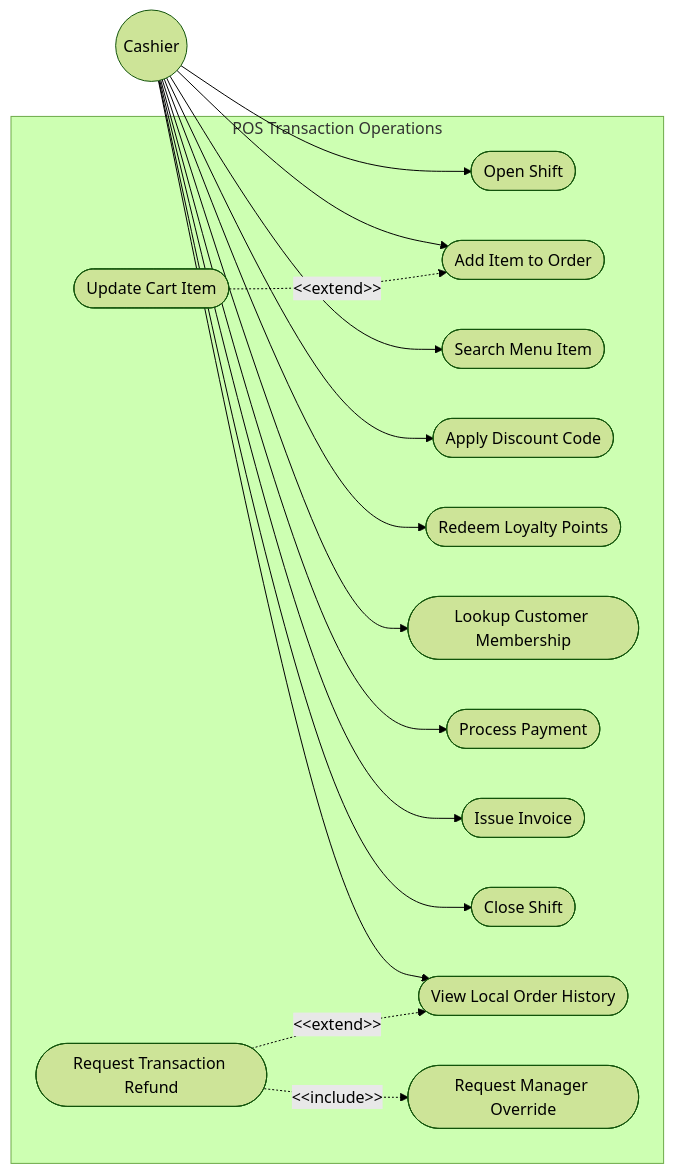
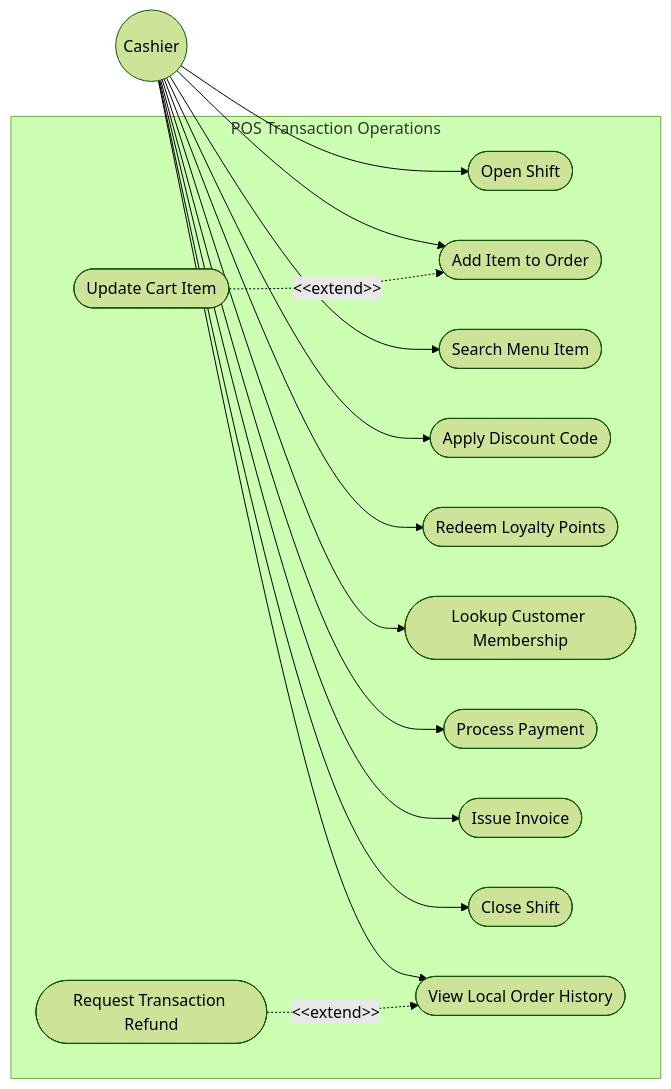
Before and after one commit to Shaichi/Khoga_coffe_shop: the fifth of 6 diagrams in sections/02_user_requirements.md, drawn with Mermaid (forest theme). The commit also changed other lines of this file and 6 other files, not shown here.

````diff
--- a/sections/02_user_requirements.md
+++ b/sections/02_user_requirements.md
@@ -223,40 +223,38 @@
 ```mermaid
 graph LR
     %% Actors
     Actor_Cashier((Cashier))
 
     %% Use Cases
     subgraph POS Transaction Operations
         UC_OpenShift([Open Shift])
         UC_AddCart([Add Item to Order])
         UC_UpdateCart([Update Cart Item])
         UC_SearchMenu([Search Menu Item])
         UC_ApplyDiscount([Apply Discount Code])
         UC_RedeemPoints([Redeem Loyalty Points])
         UC_LookupMember([Lookup Customer Membership])
         UC_ProcessPay([Process Payment])
         UC_IssueInvoice([Issue Invoice])
         UC_CloseShift([Close Shift])
         
         UC_ViewLocalHistory([View Local Order History])
         UC_RequestRefund([Request Transaction Refund])
-        UC_RequestOverride([Request Manager Override])
     end
 
     %% Connections
     Actor_Cashier --> UC_OpenShift
     Actor_Cashier --> UC_AddCart
     Actor_Cashier --> UC_SearchMenu
     Actor_Cashier --> UC_ApplyDiscount
     Actor_Cashier --> UC_RedeemPoints
     Actor_Cashier --> UC_LookupMember
     Actor_Cashier --> UC_ProcessPay
     Actor_Cashier --> UC_IssueInvoice
     Actor_Cashier --> UC_CloseShift
     Actor_Cashier --> UC_ViewLocalHistory
 
     %% Extends & Includes
     UC_UpdateCart -.-> |"&lt;&lt;extend&gt;&gt;"| UC_AddCart
     UC_RequestRefund -.-> |"&lt;&lt;extend&gt;&gt;"| UC_ViewLocalHistory
-    UC_RequestRefund -.-> |"&lt;&lt;include&gt;&gt;"| UC_RequestOverride
 ```
````
